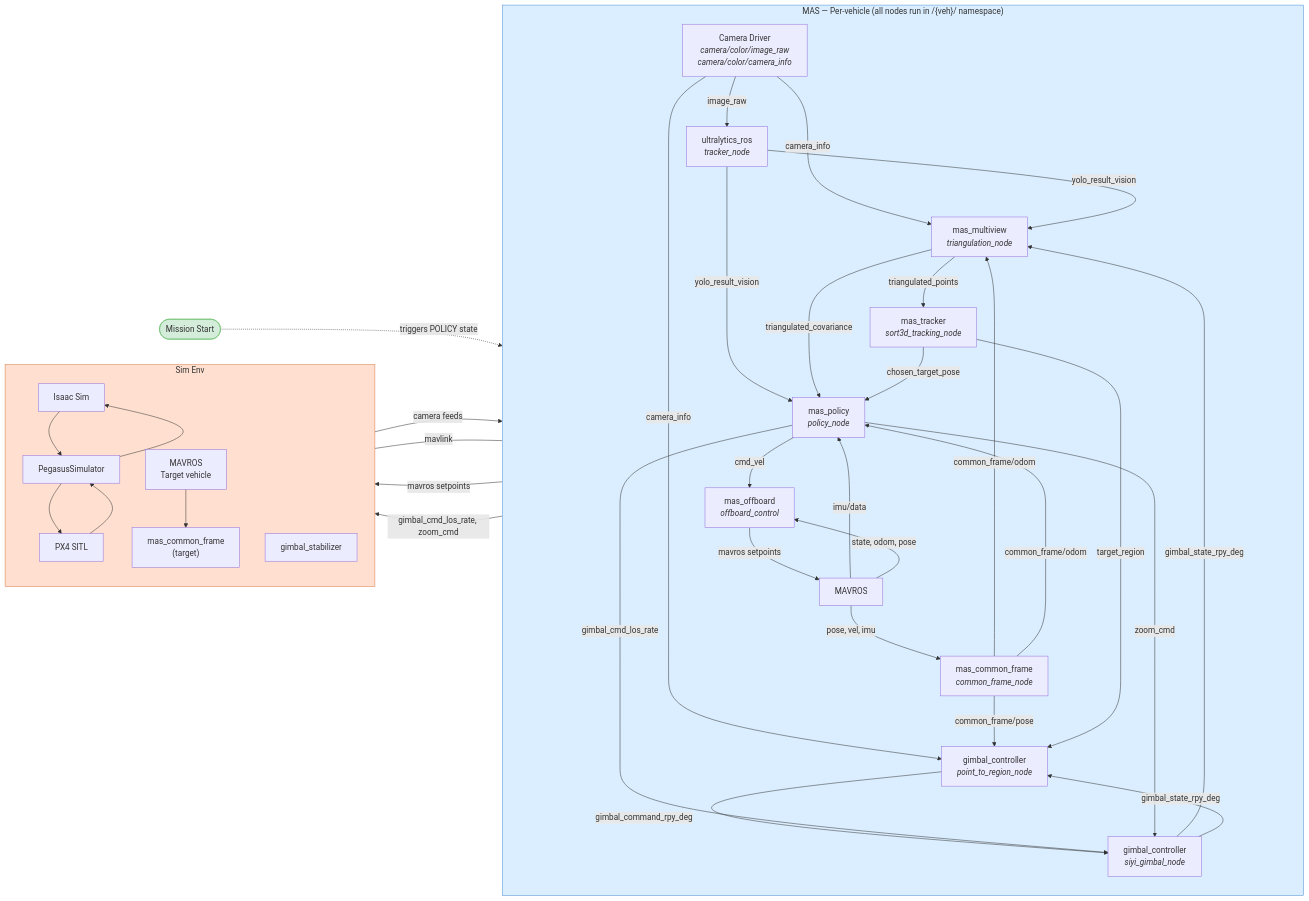
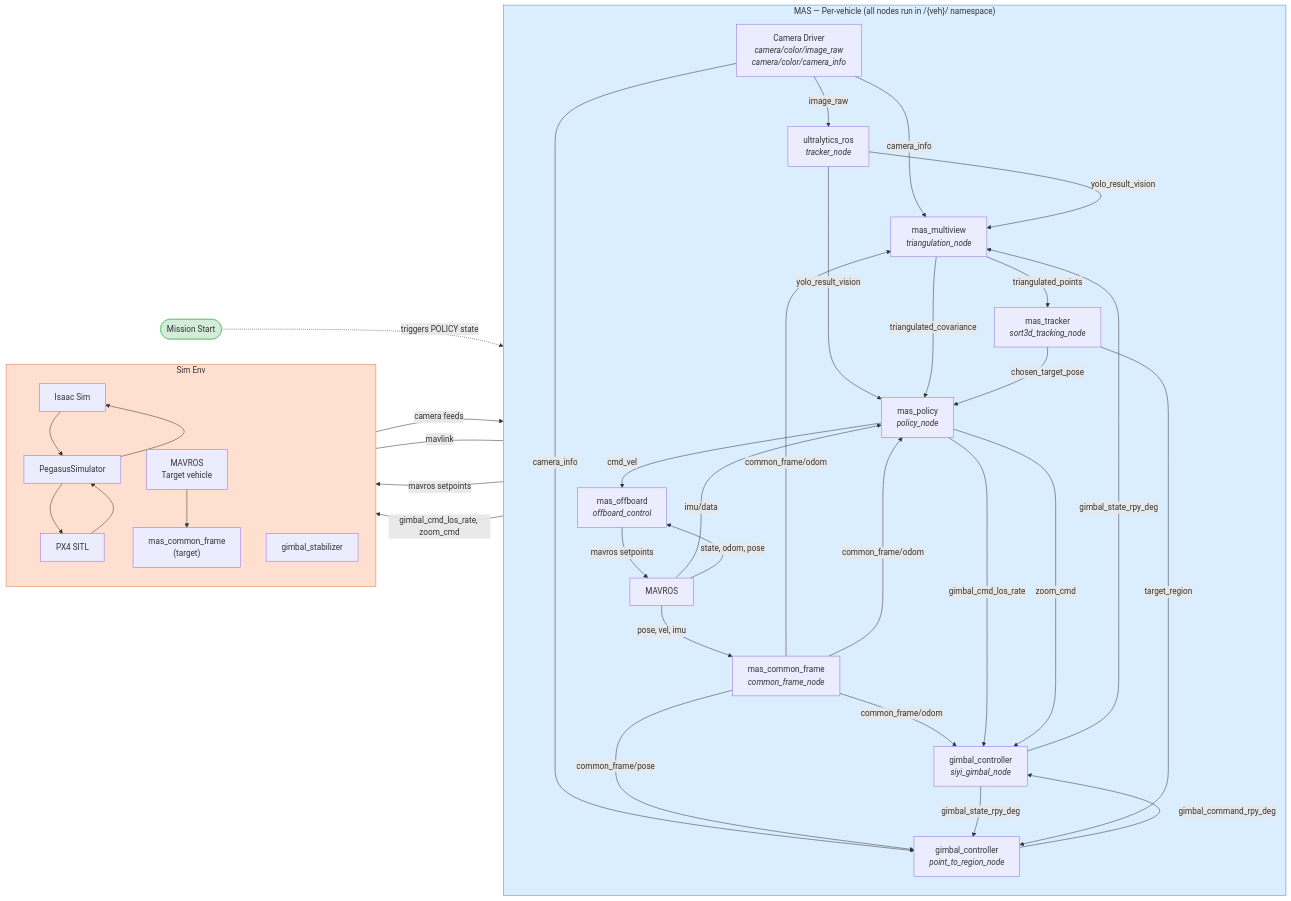
One commit to swl017/mas changed the diagram in src/ARCHITECTURE.md. Above: the diagram before and after it, drawn with Mermaid. The commit also changed other lines of this file and 2 other files, not shown here.

````diff
--- a/src/ARCHITECTURE.md
+++ b/src/ARCHITECTURE.md
@@ -7,64 +7,65 @@
 ```mermaid
 flowchart LR
     subgraph MAS["MAS — Per-vehicle (all nodes run in /{veh}/ namespace)"]
         direction TB
 
         CAM["Camera Driver<br/><i>camera/color/image_raw</i><br/><i>camera/color/camera_info</i>"]
         YOLO["ultralytics_ros<br/><i>tracker_node</i>"]
         MV["mas_multiview<br/><i>triangulation_node</i>"]
         TRK["mas_tracker<br/><i>sort3d_tracking_node</i>"]
         POL["mas_policy<br/><i>policy_node</i>"]
         CF["mas_common_frame<br/><i>common_frame_node</i>"]
         OFF["mas_offboard<br/><i>offboard_control</i>"]
         GC_SIYI["gimbal_controller<br/><i>siyi_gimbal_node</i>"]
         GC_PTR["gimbal_controller<br/><i>point_to_region_node</i>"]
         MAV["MAVROS"]
 
         CAM -- "image_raw" --> YOLO
         CAM -- "camera_info" --> MV
         CAM -- "camera_info" --> GC_PTR
         YOLO -- "yolo_result_vision" --> MV
         YOLO -- "yolo_result_vision" --> POL
         CF -- "common_frame/odom" --> MV
         CF -- "common_frame/odom" --> POL
+        CF -- "common_frame/odom" --> GC_SIYI
         CF -- "common_frame/pose" --> GC_PTR
         GC_SIYI -- "gimbal_state_rpy_deg" --> MV
         GC_SIYI -- "gimbal_state_rpy_deg" --> GC_PTR
         MV -- "triangulated_points" --> TRK
         MV -- "triangulated_covariance" --> POL
         TRK -- "chosen_target_pose" --> POL
         TRK -- "target_region" --> GC_PTR
         MAV -- "pose, vel, imu" --> CF
         MAV -- "imu/data" --> POL
         MAV -- "state, odom, pose" --> OFF
         GC_PTR -- "gimbal_command_rpy_deg" --> GC_SIYI
         POL -- "cmd_vel" --> OFF
         POL -- "gimbal_cmd_los_rate" --> GC_SIYI
         POL -- "zoom_cmd" --> GC_SIYI
         OFF -- "mavros setpoints" --> MAV
     end
 
     subgraph SIM["Sim Env"]
         direction TB
         ISIM["Isaac Sim"]
         PEG["PegasusSimulator"]
         PX4["PX4 SITL"]
         GSTAB["gimbal_stabilizer"]
         MAV_TGT["MAVROS<br/>Target vehicle"]
         CF_TGT["mas_common_frame<br/>(target)"]
 
         ISIM --> PEG --> PX4
         PX4 --> PEG --> ISIM
         MAV_TGT --> CF_TGT
     end
 
     MISSION(["Mission Start"]) -. "triggers POLICY state" .-> OFF
     MAV -- "mavlink" --- PX4
     OFF -- "mavros setpoints" --> GSTAB
     POL -- "gimbal_cmd_los_rate, zoom_cmd" --> GSTAB
     PEG -- "camera feeds" --> CAM
 
     style MAS fill:#dbeeff,stroke:#4a90d9
     style SIM fill:#ffe0d0,stroke:#d97a4a
     style MISSION fill:#d4edda,stroke:#6abf69
 ```
````
